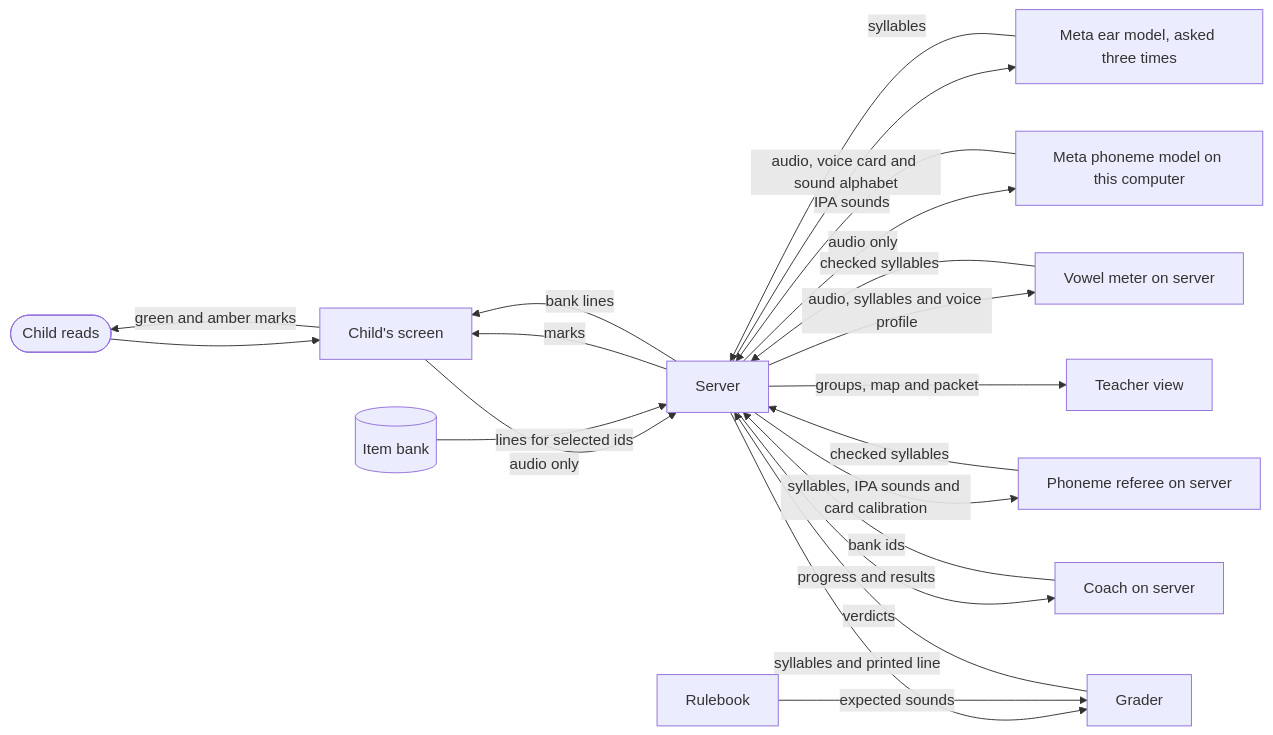
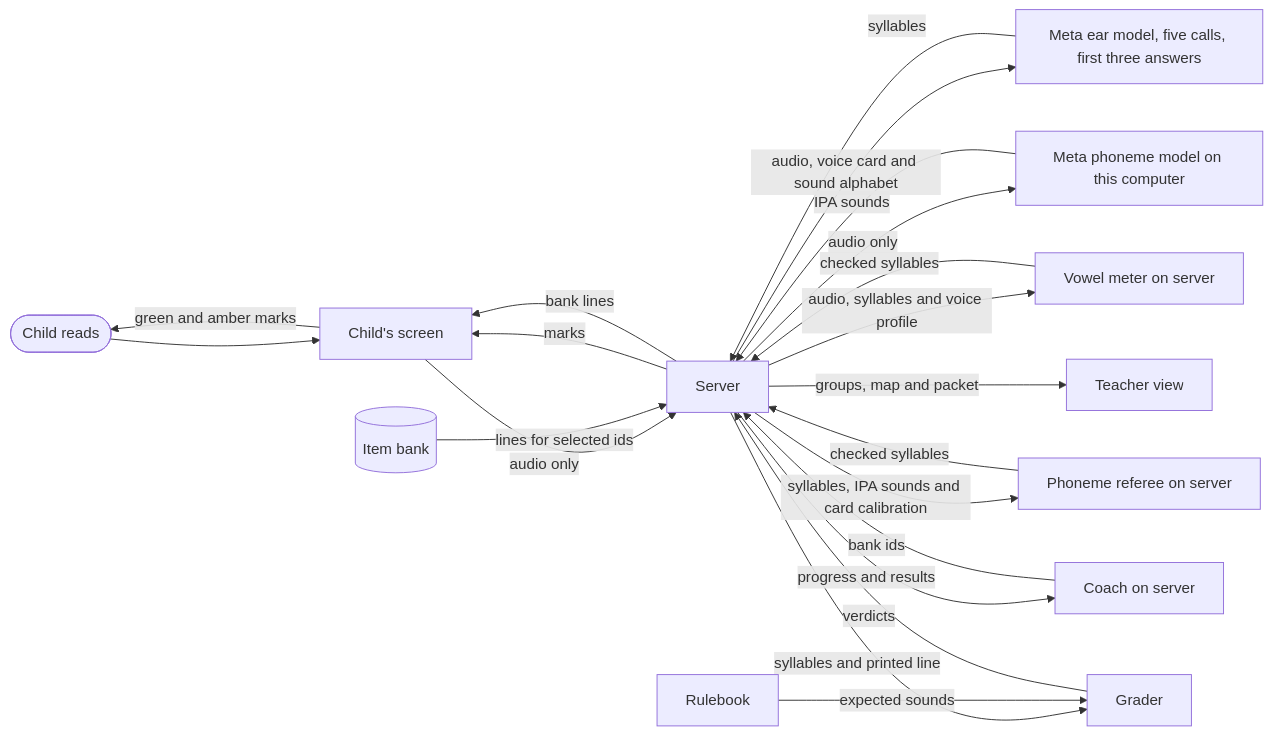
One commit to drlevidruin/meta-hackathon-entry changed the diagram in README.md. Above: the diagram before and after it, drawn with Mermaid. The commit also changed other lines of this file and 1 other file, not shown here.

Commit message:
Docs: the station asks the ear five times and grades on the first three answers

````diff
--- a/README.md
+++ b/README.md
@@ -19,23 +19,23 @@
 ```mermaid
 flowchart LR
   child([Child reads]) --> station[Child's screen]
   station -- audio only --> server[Server]
-  server -- audio, voice card and sound alphabet --> ear[Meta ear model, asked three times]
+  server -- audio, voice card and sound alphabet --> ear[Meta ear model, five calls, first three answers]
   ear -- syllables --> server
   server -- audio only --> phonemes[Meta phoneme model on this computer]
   phonemes -- IPA sounds --> server
   server -- audio, syllables and voice profile --> meter[Vowel meter on server]
   meter -- checked syllables --> server
   server -- syllables, IPA sounds and card calibration --> referee[Phoneme referee on server]
   referee -- checked syllables --> server
   server -- syllables and printed line --> grader[Grader]
   rulebook[Rulebook] -- expected sounds --> grader
   grader -- verdicts --> server
   server -- marks --> station
   station -- green and amber marks --> child
   server -- progress and results --> coach[Coach on server]
   coach -- bank ids --> server
   bank[(Item bank)] -- lines for selected ids --> server
   server -- bank lines --> station
   server -- groups, map and packet --> teacher[Teacher view]
 ```
````
